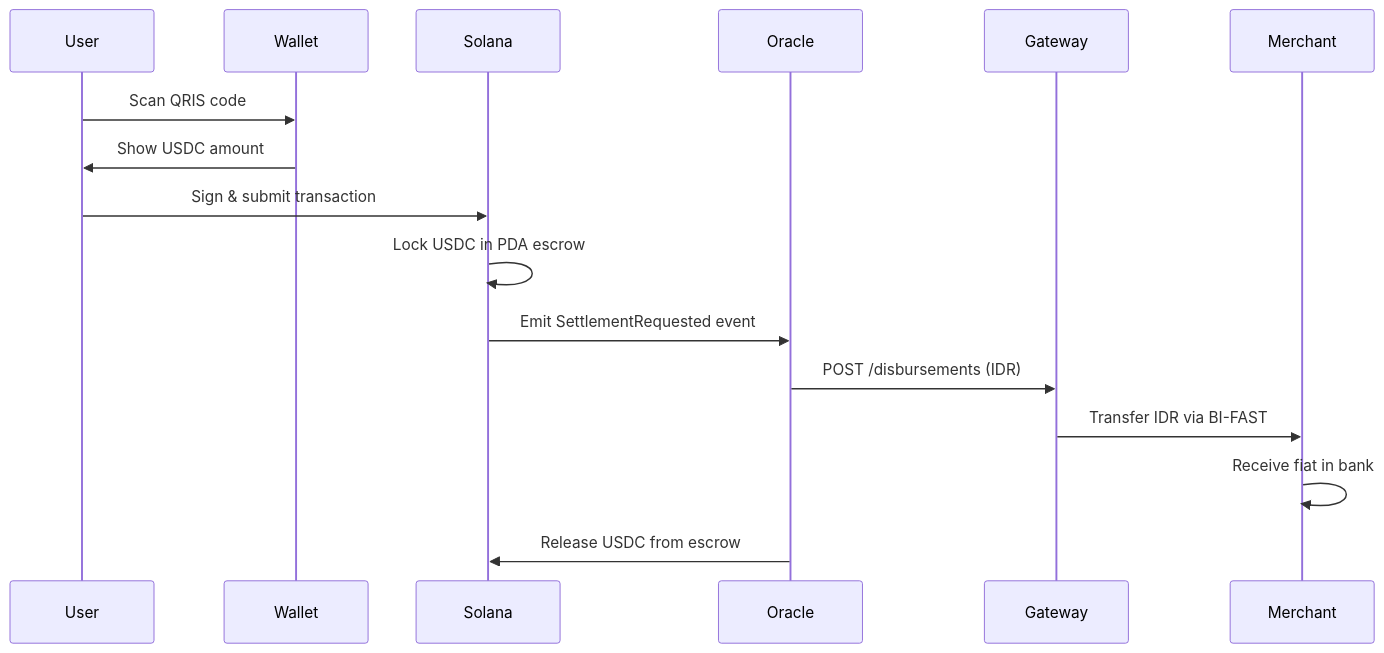
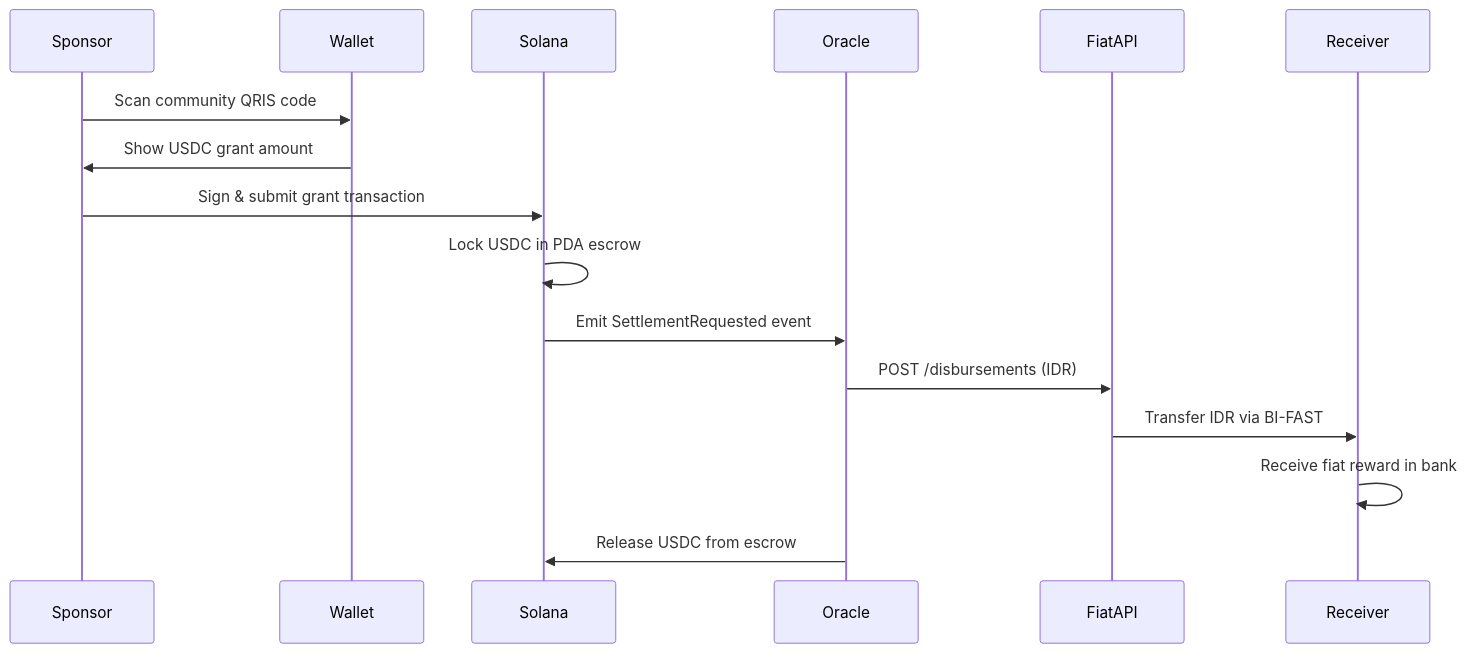
The diagram in app/(subdomains)/docs/page.mdx (HaqiKuy470/ArPay), drawn with Mermaid before and after one commit. The commit also changed other lines of this file and 7 other files, not shown here.

````diff
--- a/app/(subdomains)/docs/page.mdx
+++ b/app/(subdomains)/docs/page.mdx
@@ -91,19 +90,19 @@
 ```mermaid
 sequenceDiagram
-    participant User
+    participant Sponsor
     participant Wallet
     participant Solana
     participant Oracle
-    participant Gateway
-    participant Merchant
+    participant FiatAPI
+    participant Receiver
 
-    User->>Wallet: Scan QRIS code
-    Wallet->>User: Show USDC amount
-    User->>Solana: Sign & submit transaction
+    Sponsor->>Wallet: Scan community QRIS code
+    Wallet->>Sponsor: Show USDC grant amount
+    Sponsor->>Solana: Sign & submit grant transaction
     Solana->>Solana: Lock USDC in PDA escrow
     Solana->>Oracle: Emit SettlementRequested event
-    Oracle->>Gateway: POST /disbursements (IDR)
-    Gateway->>Merchant: Transfer IDR via BI-FAST
-    Merchant->>Merchant: Receive fiat in bank
+    Oracle->>FiatAPI: POST /disbursements (IDR)
+    FiatAPI->>Receiver: Transfer IDR via BI-FAST
+    Receiver->>Receiver: Receive fiat reward in bank
     Oracle->>Solana: Release USDC from escrow
 ```
````
